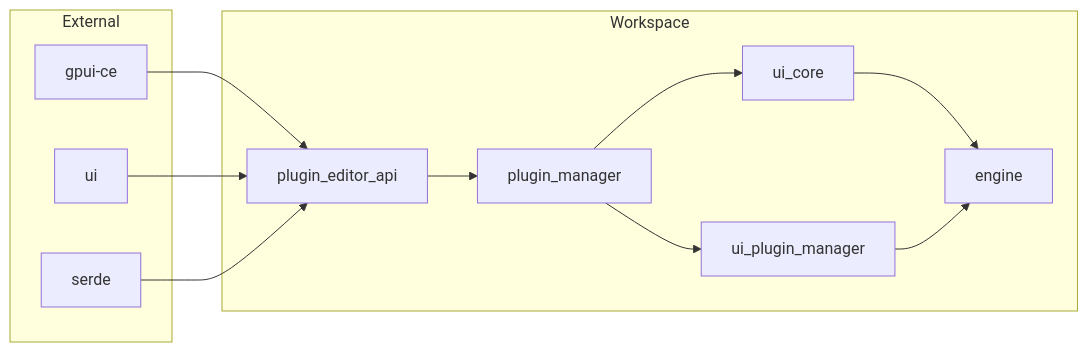
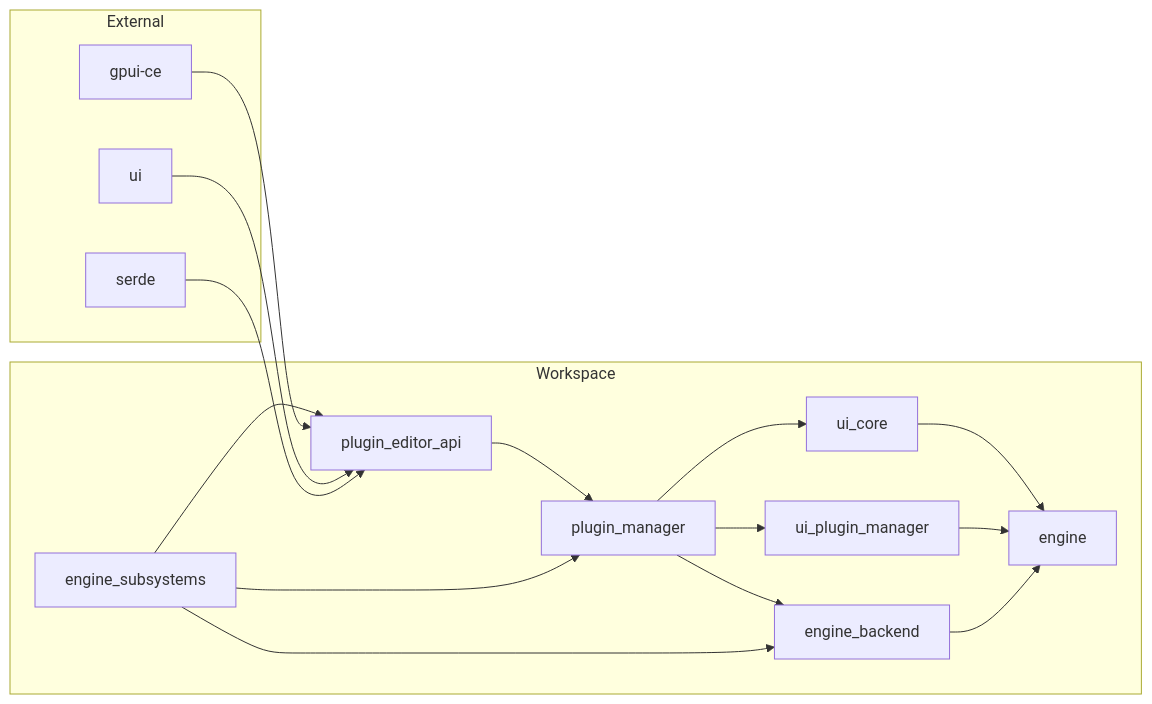
Before and after one commit to Far-Beyond-Pulsar/Pulsar-Native: the third of 7 diagrams in docs/plugin-architecture.md, drawn with Mermaid. The commit also changed other lines of this file and 14 other files, not shown here.

````diff
--- a/docs/plugin-architecture.md
+++ b/docs/plugin-architecture.md
@@ -283,26 +284,33 @@
 ```mermaid
 graph LR
     subgraph Workspace
         PAPI[plugin_editor_api]
+        ESS[engine_subsystems]
         PM[plugin_manager]
+        EB[engine_backend]
         UC[ui_core]
         UPM[ui_plugin_manager]
         ENG[engine]
 
+        ESS --> PAPI
         PAPI --> PM
+        PM --> EB
         PM --> UC
         PM --> UPM
+        ESS --> EB
+        ESS --> PM
         UC --> ENG
         UPM --> ENG
+        EB --> ENG
     end
 
     subgraph External
         GPUI[gpui-ce]
         UI[ui]
         SERDE[serde]
 
         GPUI --> PAPI
         UI --> PAPI
         SERDE --> PAPI
     end
 ```
````
